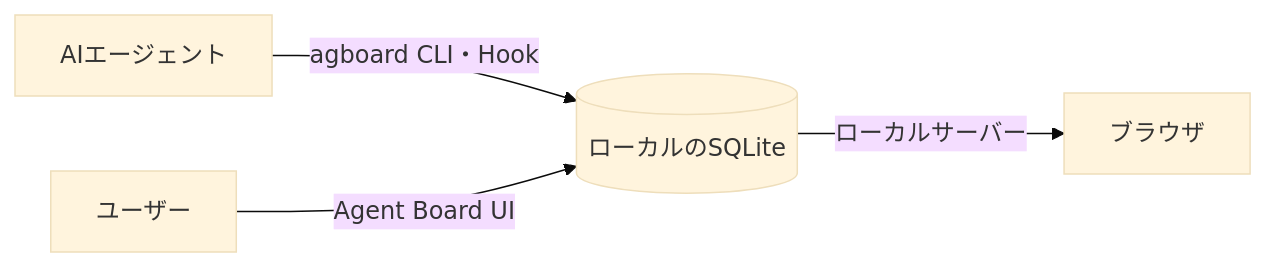
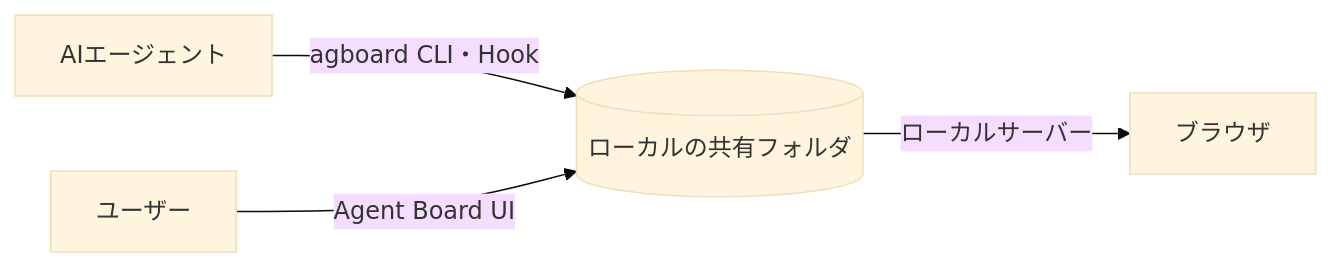
One commit to FooQoo/agent-board changed the diagram in README.ja.md. Above: the diagram before and after it, drawn with Mermaid (base theme). The commit also changed other lines of this file and 4 other files, not shown here.

````diff
--- a/README.ja.md
+++ b/README.ja.md
@@ -30,6 +30,6 @@
 ```mermaid
 flowchart LR
-    A["AIエージェント"] -- "agboard CLI・Hook" --> D[("ローカルのSQLite")]
+    A["AIエージェント"] -- "agboard CLI・Hook" --> D[("ローカルの共有フォルダ")]
     U["ユーザー"] -- "Agent Board UI" --> D
     D -- "ローカルサーバー" --> B["ブラウザ"]
 ```
````
